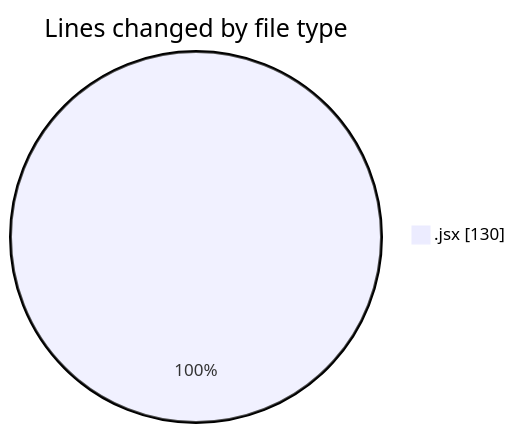
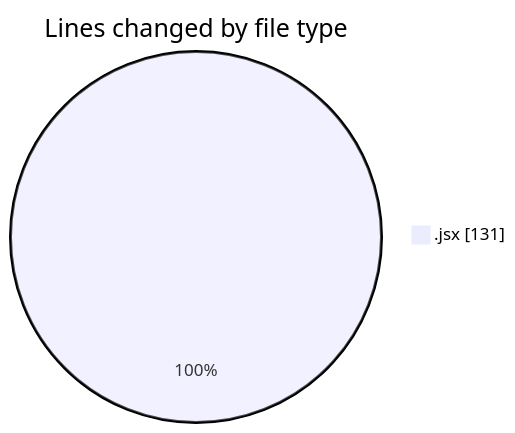
One commit to JenPaints/code-tracking changed the first of 2 diagrams in 2025-06-20/3d-gsap-scroll-template-main/README.md. Above: the diagram before and after it, drawn with Mermaid. The commit also changed other lines of this file and 1 other file, not shown here.

````diff
--- a/2025-06-20/3d-gsap-scroll-template-main/README.md
+++ b/2025-06-20/3d-gsap-scroll-template-main/README.md
@@ -22,5 +22,5 @@
 ```mermaid
 pie showData
 title Lines changed by file type
-".jsx" : 130
+".jsx" : 131
 ```
````
